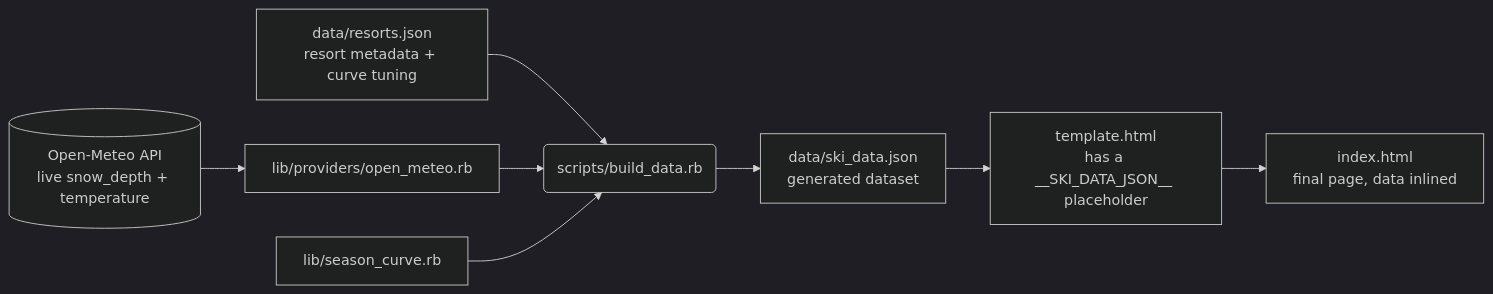
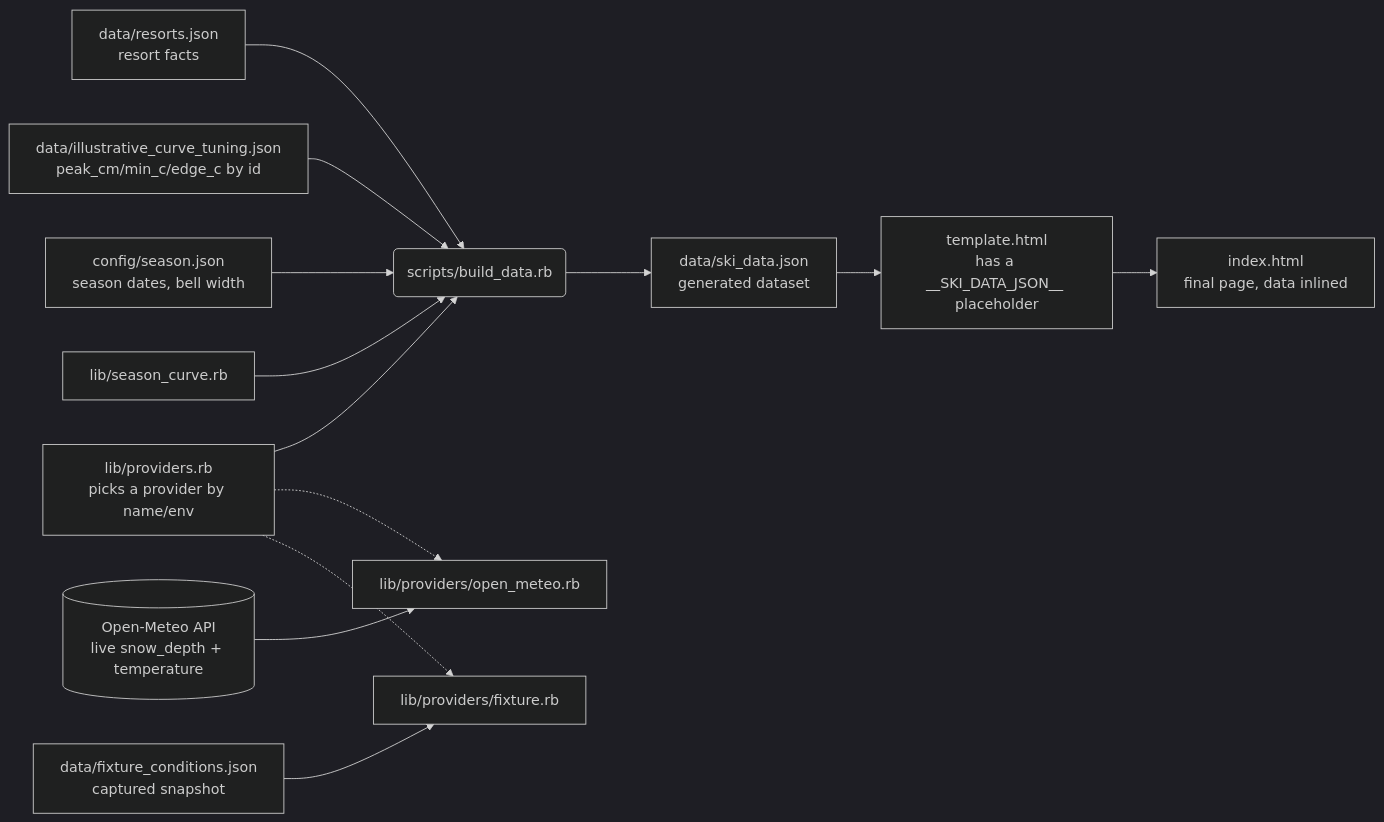
The diagram in docs/ARCHITECTURE.md (cedjec-sketcher/foray-ski-adventure), drawn with Mermaid (dark theme) before and after one commit. The commit also changed other lines of this file and 15 other files, not shown here.

First line of the commit message:
Add data-source provider interface, split resort facts/tuning, config season dates

````diff
--- a/docs/ARCHITECTURE.md
+++ b/docs/ARCHITECTURE.md
@@ -22,10 +22,15 @@
 ```mermaid
 flowchart LR
-  R[data/resorts.json<br/>resort metadata + curve tuning] --> B(scripts/build_data.rb)
-  P[lib/providers/open_meteo.rb] --> B
+  R[data/resorts.json<br/>resort facts] --> B(scripts/build_data.rb)
+  TU[data/illustrative_curve_tuning.json<br/>peak_cm/min_c/edge_c by id] --> B
+  CFG[config/season.json<br/>season dates, bell width] --> B
+  PR[lib/providers.rb<br/>picks a provider by name/env] --> B
   C[lib/season_curve.rb] --> B
-  OM[(Open-Meteo API<br/>live snow_depth + temperature)] --> P
+  PR -.-> OMP[lib/providers/open_meteo.rb]
+  PR -.-> FXP[lib/providers/fixture.rb]
+  OM[(Open-Meteo API<br/>live snow_depth + temperature)] --> OMP
+  FX[data/fixture_conditions.json<br/>captured snapshot] --> FXP
   B --> S[data/ski_data.json<br/>generated dataset]
   S --> T[template.html<br/>has a __SKI_DATA_JSON__ placeholder]
   T --> I[index.html<br/>final page, data inlined]
 ```
````
